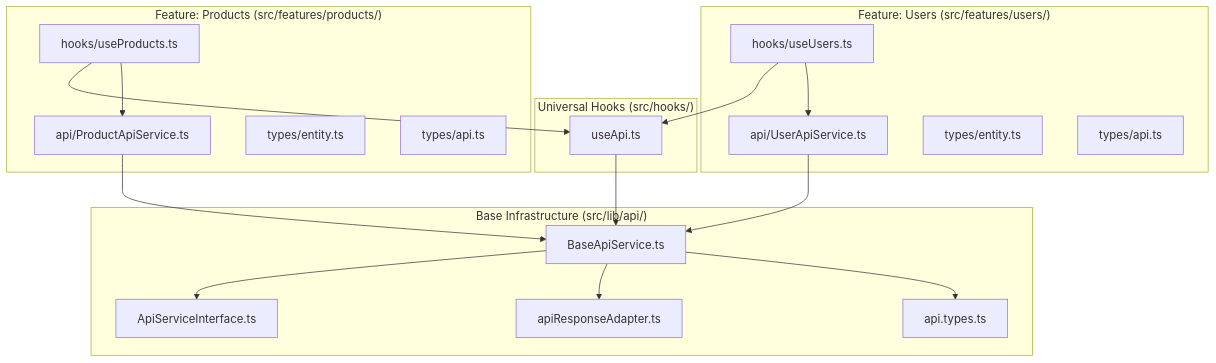
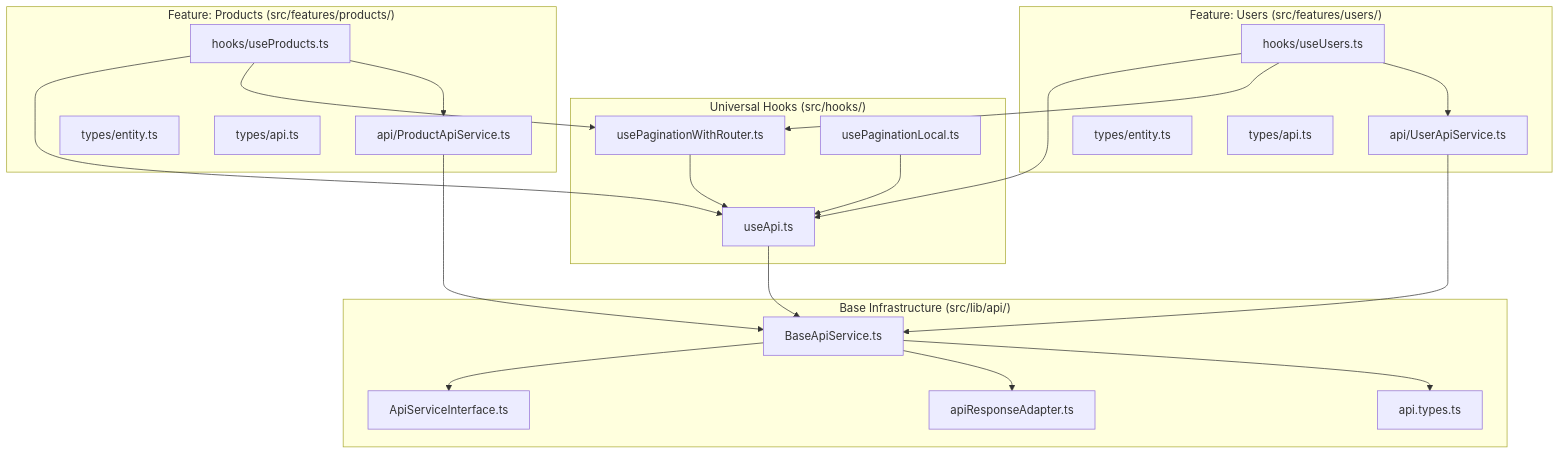
One commit to NguyenThanhHungDev140503/TapHoaNho-Document changed the first of 7 diagrams in CustomHook/CustomHookAPIFactory-Architectured.md. Above: the diagram before and after it, drawn with Mermaid. The commit also changed other lines of this file, not shown here.

````diff
--- a/CustomHook/CustomHookAPIFactory-Architectured.md
+++ b/CustomHook/CustomHookAPIFactory-Architectured.md
@@ -358,40 +400,46 @@
 ```mermaid
 graph TD
     subgraph Base["Base Infrastructure (src/lib/api/)"]
         A1[ApiServiceInterface.ts]
         A2[BaseApiService.ts]
         A3[apiResponseAdapter.ts]
         A4[api.types.ts]
     end
 
     subgraph Hooks["Universal Hooks (src/hooks/)"]
         B1[useApi.ts]
+        B2[usePaginationWithRouter.ts]
+        B3[usePaginationLocal.ts]
     end
 
     subgraph Feature1["Feature: Products (src/features/products/)"]
         C1[api/ProductApiService.ts]
         C2[hooks/useProducts.ts]
         C3[types/entity.ts]
         C4[types/api.ts]
     end
 
     subgraph Feature2["Feature: Users (src/features/users/)"]
         D1[api/UserApiService.ts]
         D2[hooks/useUsers.ts]
         D3[types/entity.ts]
         D4[types/api.ts]
     end
 
     C1 --> A2
     D1 --> A2
     A2 --> A1
     A2 --> A3
     A2 --> A4
 
     C2 --> B1
+    C2 --> B2
     D2 --> B1
+    D2 --> B2
     B1 --> A2
+    B2 --> B1
+    B3 --> B1
 
     C2 --> C1
     D2 --> D1
 ```
````
